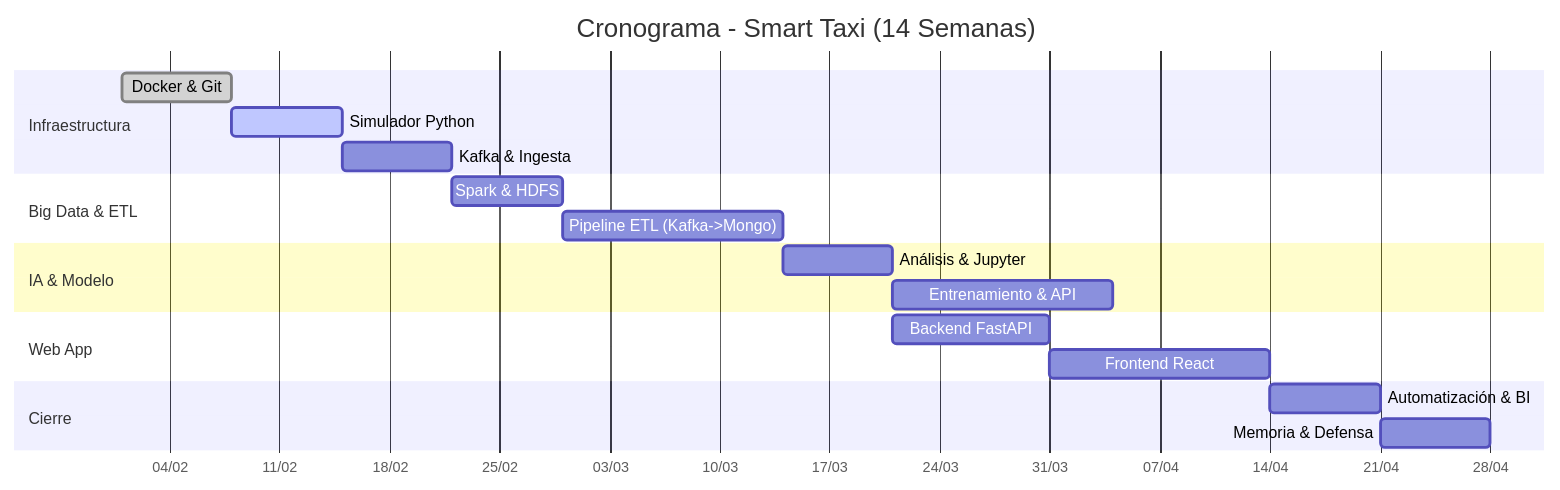
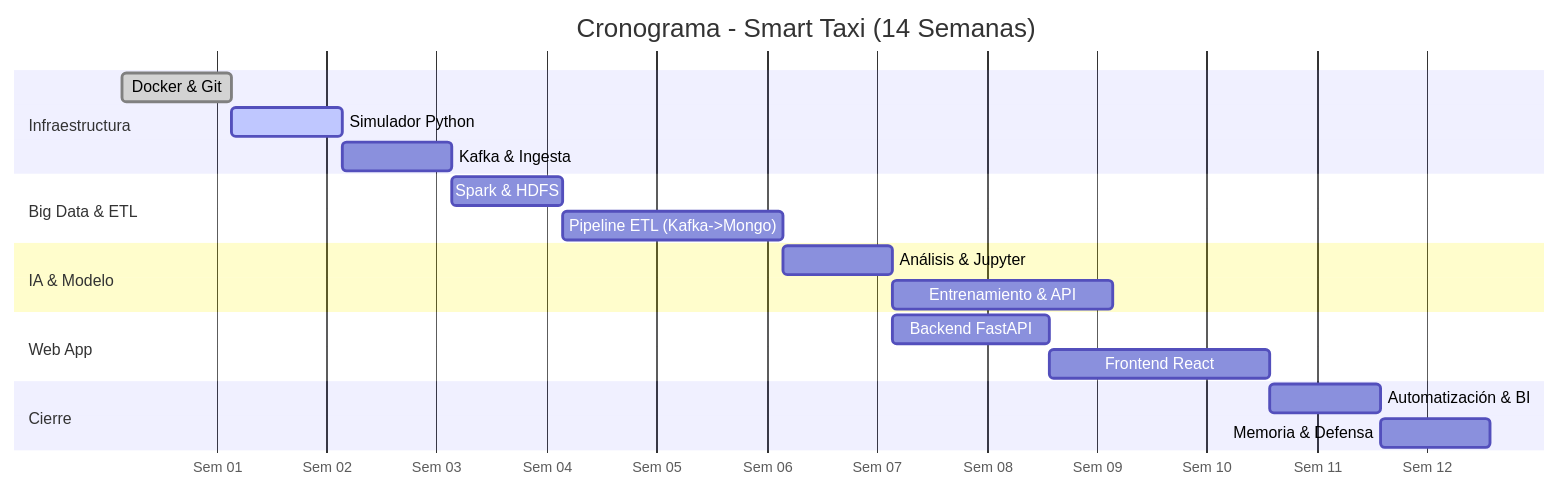
Before and after one commit to Ismaeltg05/DIET-IA: the second of 2 diagrams in README.md, drawn with Mermaid.

Commit message:
Update Gantt chart dates in README.md

````diff
--- a/README.md
+++ b/README.md
@@ -191,27 +191,28 @@
 ```mermaid
 gantt
     title Cronograma - Smart Taxi (14 Semanas)
     dateFormat  YYYY-MM-DD
-    axisFormat  %d/%m  
+    axisFormat  Sem %W
     
     section Infraestructura
-    Docker & Git                     :done,    d1, 2024-02-01, 7d
+    Docker & Git                     :done,    d1, 2024-01-01, 7d
     Simulador Python                 :active,  d2, after d1, 7d
     Kafka & Ingesta                  :         d3, after d2, 7d
-
+    
+    %% ... resto del código igual ...
     section Big Data & ETL
     Spark & HDFS                     :         d4, after d3, 7d
     Pipeline ETL (Kafka->Mongo)      :         d5, after d4, 14d
 
     section IA & Modelo
     Análisis & Jupyter               :         d6, after d5, 7d
     Entrenamiento & API              :         d7, after d6, 14d
 
     section Web App
     Backend FastAPI                  :         d8, after d6, 10d
     Frontend React                   :         d9, after d8, 14d
 
     section Cierre
     Automatización & BI              :         d10, after d9, 7d
     Memoria & Defensa                :         d11, after d10, 7d
 ```
````
